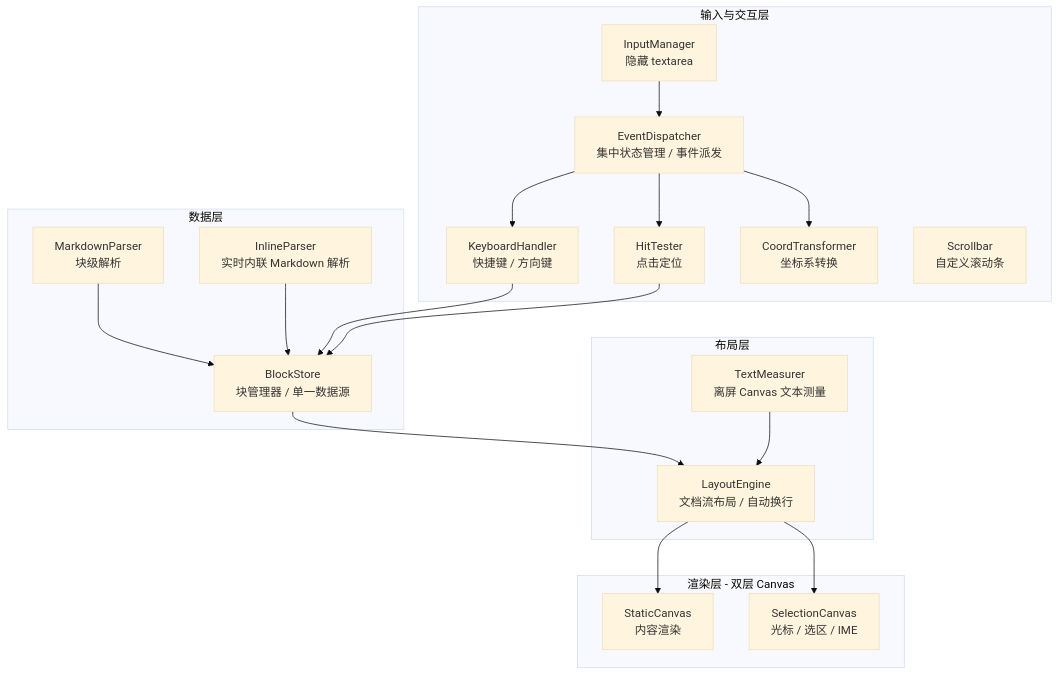
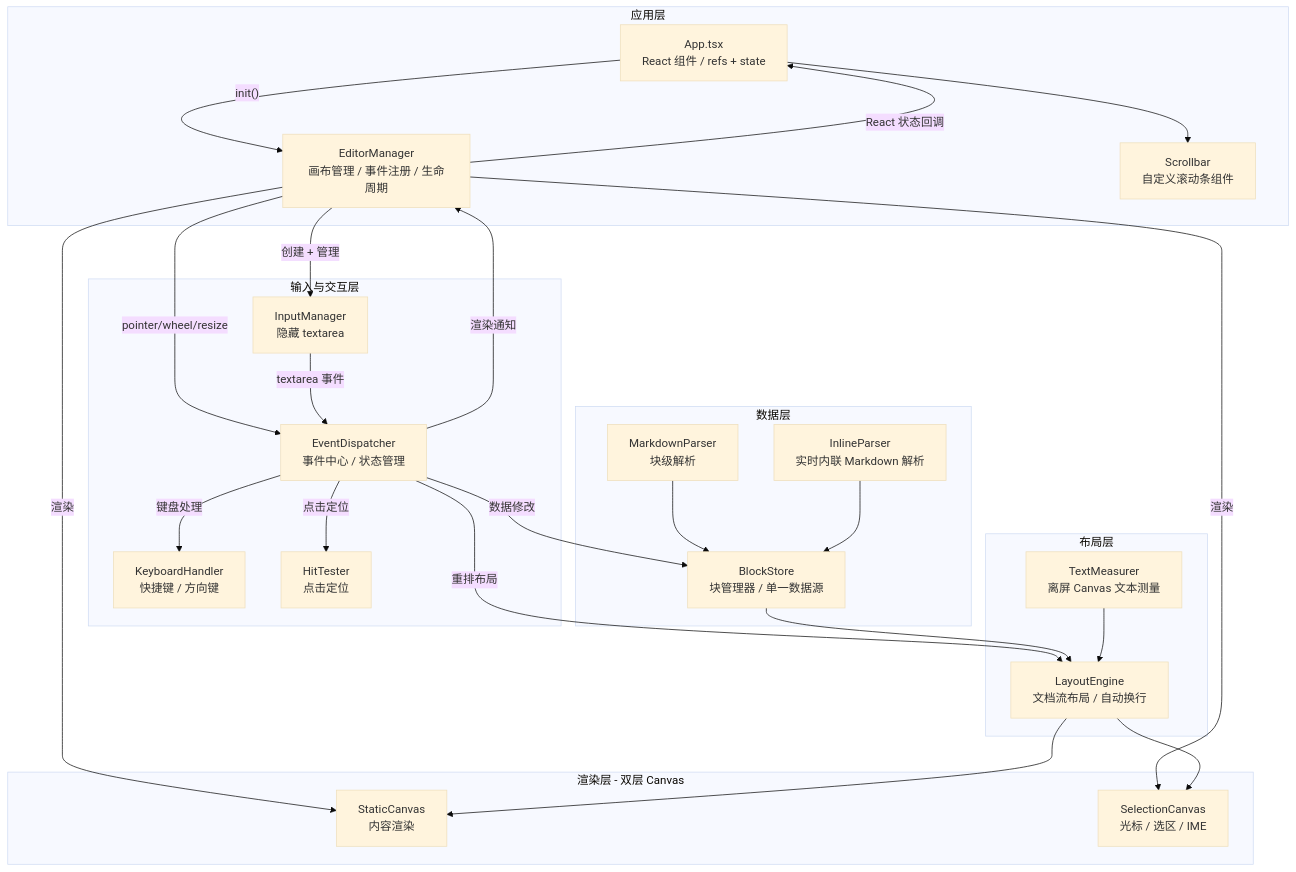
The first of 5 diagrams in README.md (symant233/canvas-markdown-editor), drawn with Mermaid (base theme) before and after one commit. The commit also changed other lines of this file and 5 other files, not shown here.

First line of the commit message:
refactor: extract EditorManager as central canvas management class

````diff
--- a/README.md
+++ b/README.md
@@ -7,40 +7,51 @@
 ```mermaid
 graph TB
+  subgraph AppLayer ["应用层"]
+    App["App.tsx<br/>React 组件 / refs + state"]
+    EditorMgr["EditorManager<br/>画布管理 / 事件注册 / 生命周期"]
+    Scrollbar["Scrollbar<br/>自定义滚动条组件"]
+  end
+
+  subgraph InputLayer ["输入与交互层"]
+    EventDispatcher["EventDispatcher<br/>事件中心 / 状态管理"]
+    InputManager["InputManager<br/>隐藏 textarea"]
+    KeyboardHandler["KeyboardHandler<br/>快捷键 / 方向键"]
+    HitTester["HitTester<br/>点击定位"]
+  end
+
   subgraph DataLayer ["数据层"]
     BlockStore["BlockStore<br/>块管理器 / 单一数据源"]
     InlineParser["InlineParser<br/>实时内联 Markdown 解析"]
     MarkdownParser["MarkdownParser<br/>块级解析"]
   end
 
   subgraph LayoutLayer ["布局层"]
     TextMeasurer["TextMeasurer<br/>离屏 Canvas 文本测量"]
     LayoutEngine["LayoutEngine<br/>文档流布局 / 自动换行"]
   end
 
   subgraph RenderLayer ["渲染层 - 双层 Canvas"]
     StaticCanvas["StaticCanvas<br/>内容渲染"]
     SelectionCanvas["SelectionCanvas<br/>光标 / 选区 / IME"]
   end
 
-  subgraph InputLayer ["输入与交互层"]
-    EventDispatcher["EventDispatcher<br/>集中状态管理 / 事件派发"]
-    InputManager["InputManager<br/>隐藏 textarea"]
-    KeyboardHandler["KeyboardHandler<br/>快捷键 / 方向键"]
-    HitTester["HitTester<br/>点击定位"]
-    CoordTransformer["CoordTransformer<br/>坐标系转换"]
-    Scrollbar["Scrollbar<br/>自定义滚动条"]
-  end
-
+  App -->|"init()"| EditorMgr
+  App --> Scrollbar
+  EditorMgr -->|"创建 + 管理"| InputManager
+  EditorMgr -->|"pointer/wheel/resize"| EventDispatcher
+  EditorMgr -->|"渲染"| StaticCanvas
+  EditorMgr -->|"渲染"| SelectionCanvas
+  EditorMgr -->|"React 状态回调"| App
+  InputManager -->|"textarea 事件"| EventDispatcher
+  EventDispatcher -->|"键盘处理"| KeyboardHandler
+  EventDispatcher -->|"点击定位"| HitTester
+  EventDispatcher -->|"数据修改"| BlockStore
+  EventDispatcher -->|"重排布局"| LayoutEngine
+  EventDispatcher -->|"渲染通知"| EditorMgr
   MarkdownParser --> BlockStore
   InlineParser --> BlockStore
   BlockStore --> LayoutEngine
   TextMeasurer --> LayoutEngine
   LayoutEngine --> StaticCanvas
   LayoutEngine --> SelectionCanvas
-  InputManager --> EventDispatcher
-  EventDispatcher --> KeyboardHandler
-  EventDispatcher --> HitTester
-  EventDispatcher --> CoordTransformer
-  KeyboardHandler --> BlockStore
-  HitTester --> BlockStore
 ```
````
